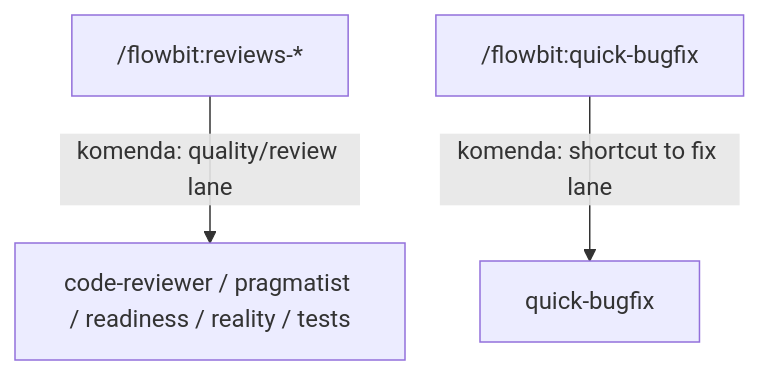
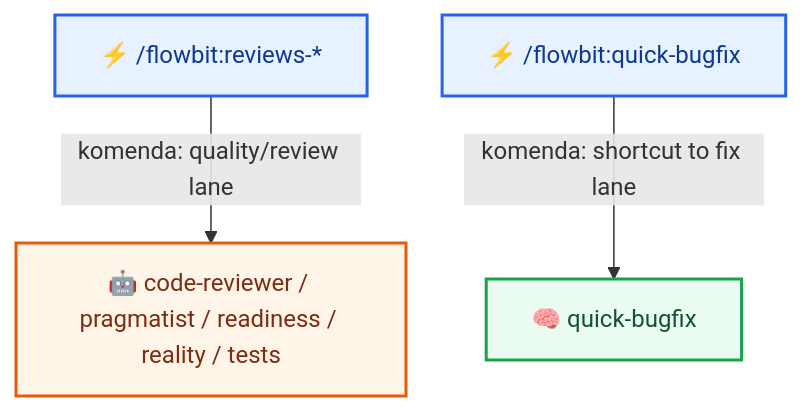
The seventh of 7 diagrams in docs/flow/overview.md (plucins/flowbit), drawn with Mermaid before and after one commit. The commit also changed other lines of this file and 1 other file, not shown here.

Commit message:
Enhance mermaid diagrams with icons and improved formatting in overview and workflows documentation

````diff
--- a/docs/flow/overview.md
+++ b/docs/flow/overview.md
@@ -158,5 +195,12 @@
 ```mermaid
 graph TD
-  REV["/flowbit:reviews-*"] -- "komenda: quality/review lane" --> A_QUALITY["code-reviewer / pragmatist / readiness / reality / tests"]
-  QBUG["/flowbit:quick-bugfix"] -- "komenda: shortcut to fix lane" --> S_QBUG["quick-bugfix"]
+  REV["⚡ /flowbit:reviews-*"] -- "komenda: quality/review lane" --> A_QUALITY["🤖 code-reviewer / pragmatist / readiness / reality / tests"]
+  QBUG["⚡ /flowbit:quick-bugfix"] -- "komenda: shortcut to fix lane" --> S_QBUG["🧠 quick-bugfix"]
+
+  classDef cmd fill:#E8F1FF,stroke:#2563EB,stroke-width:2px,color:#0B3A8F;
+  classDef skill fill:#EAFBF1,stroke:#16A34A,stroke-width:2px,color:#14532D;
+  classDef agent fill:#FFF4E8,stroke:#EA580C,stroke-width:2px,color:#7C2D12;
+  class REV,QBUG cmd;
+  class S_QBUG skill;
+  class A_QUALITY agent;
 ```
````
